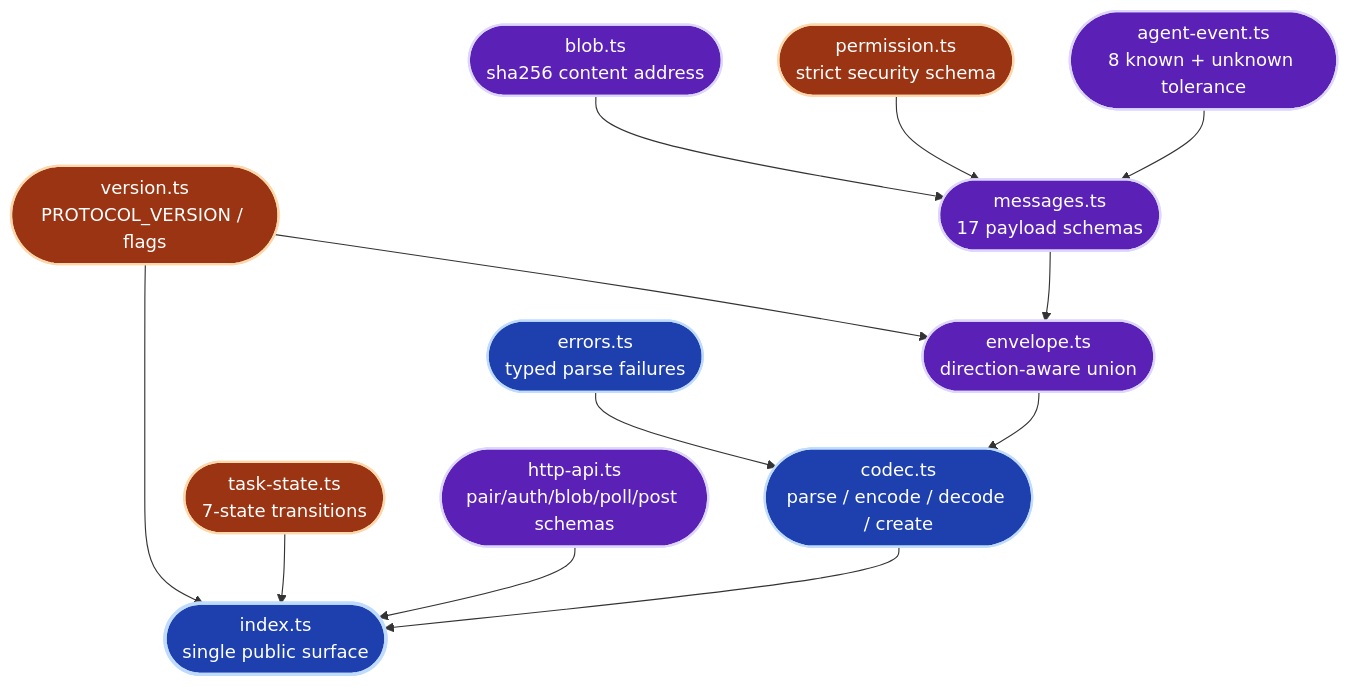
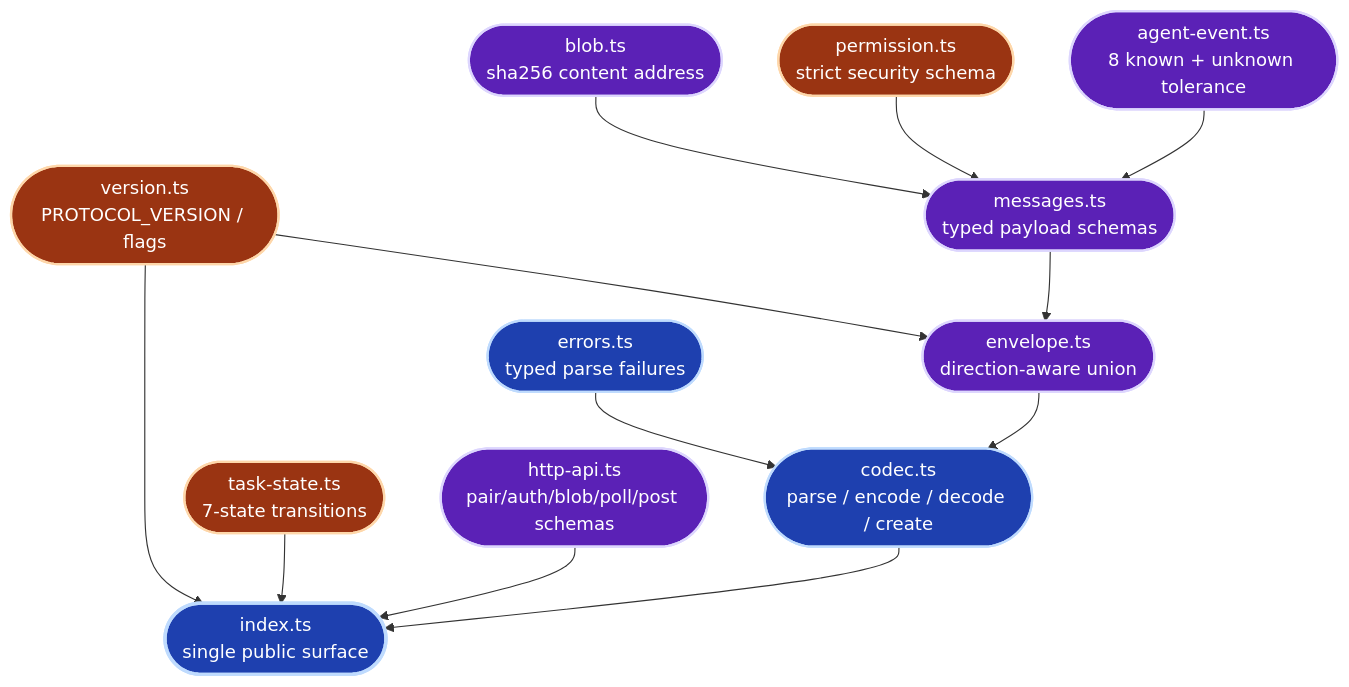
Before and after one commit to Ancienttwo/byok-sdk: the third of 23 diagrams in docs/architecture/sdk-architecture.md, drawn with Mermaid. The commit also changed other lines of this file and 9 other files, not shown here.

````diff
--- a/docs/architecture/sdk-architecture.md
+++ b/docs/architecture/sdk-architecture.md
@@ -205,32 +205,32 @@
 ```mermaid
 flowchart TB
   classDef core fill:#1e40af,stroke:#bfdbfe,stroke-width:2px,color:#fff
   classDef schema fill:#5b21b6,stroke:#ddd6fe,stroke-width:2px,color:#fff
   classDef safety fill:#9a3412,stroke:#fed7aa,stroke-width:2px,color:#fff
 
   Version(["version.ts<br/>PROTOCOL_VERSION / flags"]):::safety
-  Messages(["messages.ts<br/>17 payload schemas"]):::schema
+  Messages(["messages.ts<br/>typed payload schemas"]):::schema
   Envelope(["envelope.ts<br/>direction-aware union"]):::schema
   Codec(["codec.ts<br/>parse / encode / decode / create"]):::core
   Events(["agent-event.ts<br/>8 known + unknown tolerance"]):::schema
   Policy(["permission.ts<br/>strict security schema"]):::safety
   Blob(["blob.ts<br/>sha256 content address"]):::schema
   State(["task-state.ts<br/>7-state transitions"]):::safety
   HTTP(["http-api.ts<br/>pair/auth/blob/poll/post schemas"]):::schema
   Errors(["errors.ts<br/>typed parse failures"]):::core
   Index(["index.ts<br/>single public surface"]):::core
 
   Version --> Envelope
   Events --> Messages
   Policy --> Messages
   Blob --> Messages
   Messages --> Envelope
   Envelope --> Codec
   Errors --> Codec
   HTTP --> Index
   State --> Index
   Codec --> Index
   Version --> Index
 
   style Index stroke-width:3px
 ```
````
